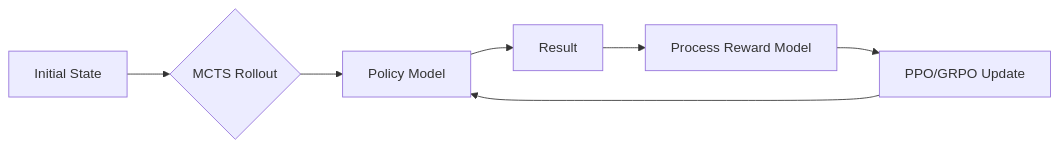
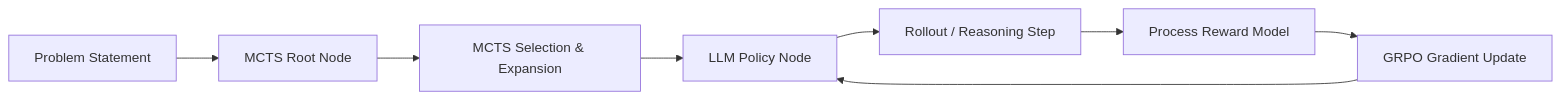
Before and after one commit to gokkrish48-sudo/llm-rl-agent: the diagram in README.md, drawn with Mermaid. The commit also changed other lines of this file and 2 other files, not shown here.

Commit message:
Update with real GRPO + MCTS implementation

````diff
--- a/README.md
+++ b/README.md
@@ -22,9 +17,10 @@
 ```mermaid
 graph LR
-    A[Initial State] --> B{MCTS Rollout}
-    B --> C[Policy Model]
-    C --> D[Result]
-    D --> E[Process Reward Model]
-    E --> F[PPO/GRPO Update]
-    F --> C
+    Input[Problem Statement] --> Root[MCTS Root Node]
+    Root --> Search[MCTS Selection & Expansion]
+    Search --> Policy[LLM Policy Node]
+    Policy --> Simulation[Rollout / Reasoning Step]
+    Simulation --> PRM[Process Reward Model]
+    PRM --> Update[GRPO Gradient Update]
+    Update --> Policy
 ```
````
